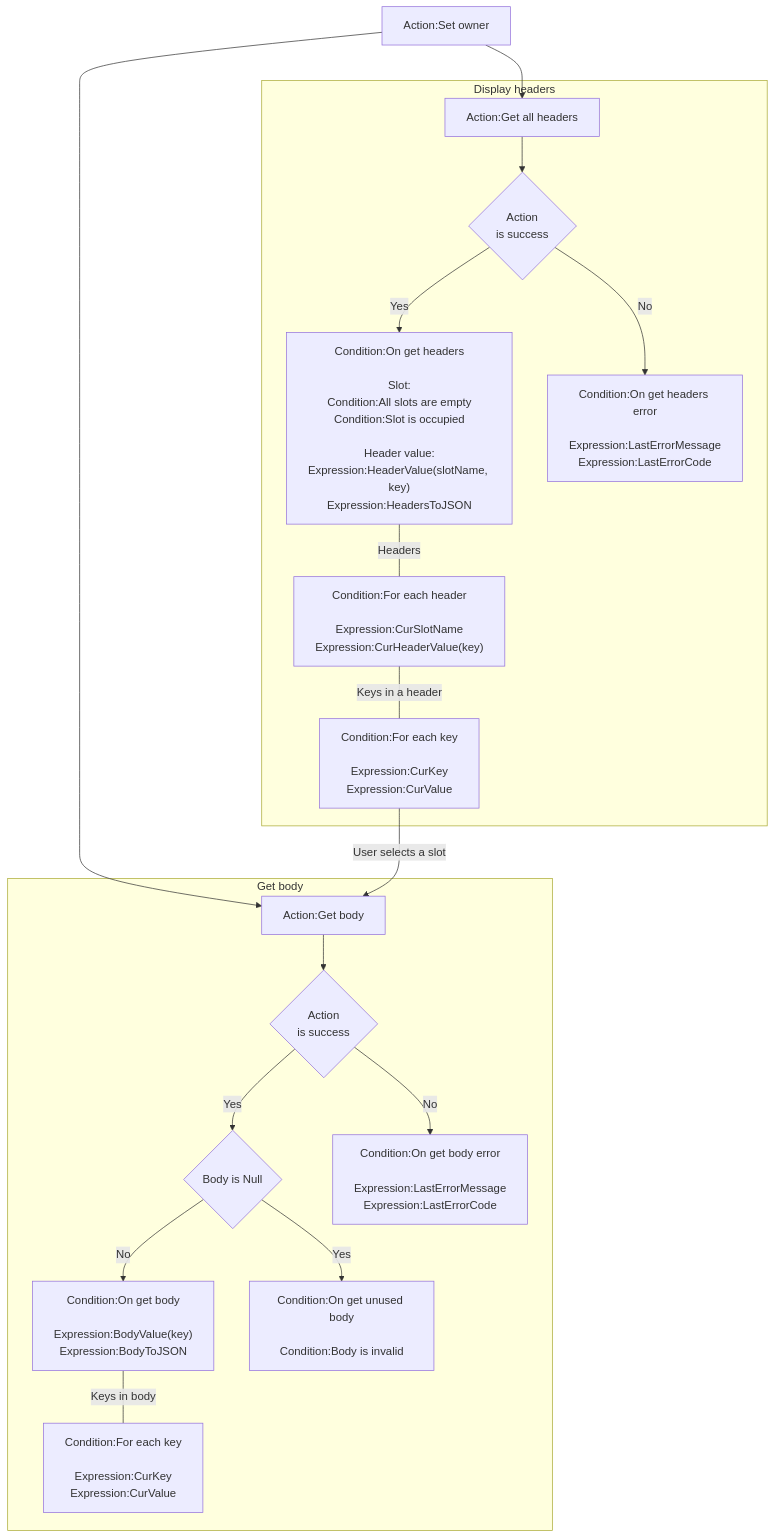
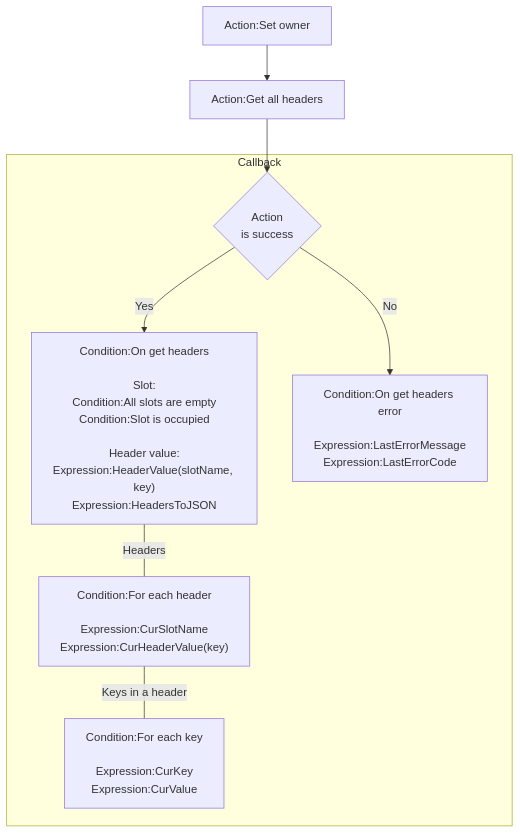
Before and after one commit to rexrainbow/C2RexDoc: the second of 4 diagrams in plugins.md/rex_firebase_savedata.md, drawn with Mermaid. The commit also changed other lines of this file and 1 other file, not shown here.

````diff
--- a/plugins.md/rex_firebase_savedata.md
+++ b/plugins.md/rex_firebase_savedata.md
@@ -100,30 +102,14 @@
 ```mermaid
 graph TB
 
 ActSetOwner[Action:Set owner] --> ActGetHeaders["Action:Get all headers"]
+ActGetHeaders --> ActionIsSuccess
 
-
-subgraph Display headers
-ActGetHeaders --> ActionIsSuccess0
-ActionIsSuccess0{Action<br>is success} --> |Yes| CondOnGetHeaders["Condition:On get headers<br> <br>Slot:<br>Condition:All slots are empty<br>Condition:Slot is occupied<br> <br>Header value:<br>Expression:HeaderValue(slotName, key)<br>Expression:HeadersToJSON"]
+subgraph Callback
+ActionIsSuccess{Action<br>is success} --> |Yes| CondOnGetHeaders["Condition:On get headers<br> <br>Slot:<br>Condition:All slots are empty<br>Condition:Slot is occupied<br> <br>Header value:<br>Expression:HeaderValue(slotName, key)<br>Expression:HeadersToJSON"]
 CondOnGetHeaders --- |Headers| CondForEachHeader["Condition:For each header<br> <br>Expression:CurSlotName<br>Expression:CurHeaderValue(key)"]
 CondForEachHeader --- |Keys in a header| CondForEachKeyInHeader["Condition:For each key<br> <br>Expression:CurKey<br>Expression:CurValue"]
 
-ActionIsSuccess0 --> |No| CondOnGetAllHeadersError["Condition:On get headers error<br> <br>Expression:LastErrorMessage<br>Expression:LastErrorCode"]
+ActionIsSuccess --> |No| CondOnGetAllHeadersError["Condition:On get headers error<br> <br>Expression:LastErrorMessage<br>Expression:LastErrorCode"]
 end
-
-
-
-subgraph Get body
-ActGetBody["Action:Get body"] --> ActionIsSuccess1{Action<br>is success}
-ActionIsSuccess1 --> |Yes| NullBody{Body is Null}
-NullBody --> |No| CondOnGetBody["Condition:On get body<br> <br>Expression:BodyValue(key)<br>Expression:BodyToJSON"]
-CondOnGetBody --- |Keys in body| CondForEachKeyInBody["Condition:For each key<br> <br>Expression:CurKey<br>Expression:CurValue"]
-NullBody --> |Yes| CondOngetUnusedBody["Condition:On get unused body<br> <br>Condition:Body is invalid"]
-
-ActionIsSuccess1 --> |No| CondOnGetBodyError["Condition:On get body error<br> <br>Expression:LastErrorMessage<br>Expression:LastErrorCode"]
-end
-
-ActSetOwner --> ActGetBody
-CondForEachKeyInHeader --> |User selects a slot| ActGetBody
 ```
````
